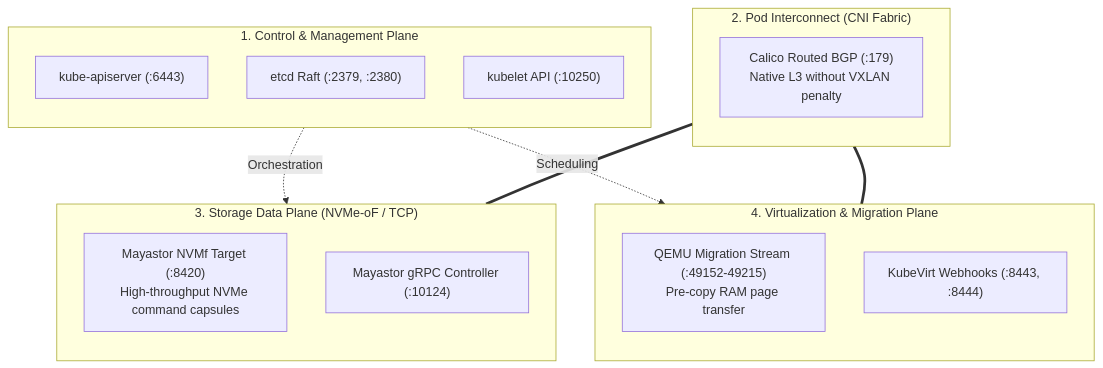
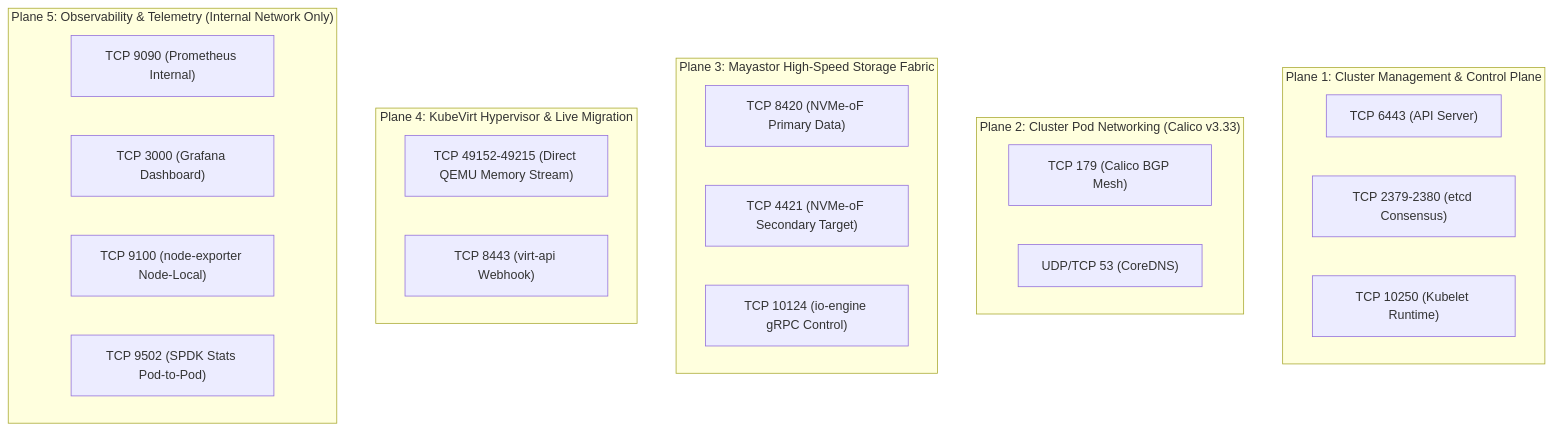
One commit to Swapnil220705/k8s-high-performance-storage changed the first of 2 diagrams in docs/network-and-virtualization-requirements.md. Above: the diagram before and after it, drawn with Mermaid. The commit also changed other lines of this file, not shown here.

Commit message:
docs: correct worker node memory calculations and migration budgets

````diff
--- a/docs/network-and-virtualization-requirements.md
+++ b/docs/network-and-virtualization-requirements.md
@@ -15,31 +22,36 @@
 ```mermaid
 flowchart TD
-    subgraph ManagementPlane["1. Control & Management Plane"]
-        direction TB
-        APIServer["kube-apiserver (:6443)"]
-        Etcd["etcd Raft (:2379, :2380)"]
-        Kubelet["kubelet API (:10250)"]
+    subgraph ManagementPlane["Plane 1: Cluster Management & Control Plane"]
+        direction LR
+        APIPort["TCP 6443 (API Server)"]
+        ETCDPort["TCP 2379-2380 (etcd Consensus)"]
+        KubeletPort["TCP 10250 (Kubelet Runtime)"]
     end
 
-    subgraph CNIOverlay["2. Pod Interconnect (CNI Fabric)"]
-        direction TB
-        CalicoBGP["Calico Routed BGP (:179)<br/>Native L3 without VXLAN penalty"]
+    subgraph CNIPlane["Plane 2: Cluster Pod Networking (Calico v3.33)"]
+        direction LR
+        BGPPort["TCP 179 (Calico BGP Mesh)"]
+        DNS["UDP/TCP 53 (CoreDNS)"]
     end
 
-    subgraph StorageFabric["3. Storage Data Plane (NVMe-oF / TCP)"]
-        direction TB
-        MS_Target["Mayastor NVMf Target (:8420)<br/>High-throughput NVMe command capsules"]
-        MS_gRPC["Mayastor gRPC Controller (:10124)"]
+    subgraph StorageDataMesh["Plane 3: Mayastor High-Speed Storage Fabric"]
+        direction LR
+        NVMe1["TCP 8420 (NVMe-oF Primary Data)"]
+        NVMe2["TCP 4421 (NVMe-oF Secondary Target)"]
+        gRPC["TCP 10124 (io-engine gRPC Control)"]
     end
 
-    subgraph MigrationFabric["4. Virtualization & Migration Plane"]
-        direction TB
-        KVM_Stream["QEMU Migration Stream (:49152-49215)<br/>Pre-copy RAM page transfer"]
-        KVM_API["KubeVirt Webhooks (:8443, :8444)"]
+    subgraph VirtMigrationMesh["Plane 4: KubeVirt Hypervisor & Live Migration"]
+        direction LR
+        QEMUMig["TCP 49152-49215 (Direct QEMU Memory Stream)"]
+        VirtAPI["TCP 8443 (virt-api Webhook)"]
     end
 
-    ManagementPlane -.->|Orchestration| StorageFabric
-    ManagementPlane -.->|Scheduling| MigrationFabric
-    CNIOverlay === StorageFabric
-    CNIOverlay === MigrationFabric
+    subgraph MonitoringPlane["Plane 5: Observability & Telemetry (Internal Network Only)"]
+        direction LR
+        PromPort["TCP 9090 (Prometheus Internal)"]
+        GrafPort["TCP 3000 (Grafana Dashboard)"]
+        NodeExp["TCP 9100 (node-exporter Node-Local)"]
+        MayaExp["TCP 9502 (SPDK Stats Pod-to-Pod)"]
+    end
 ```
````
